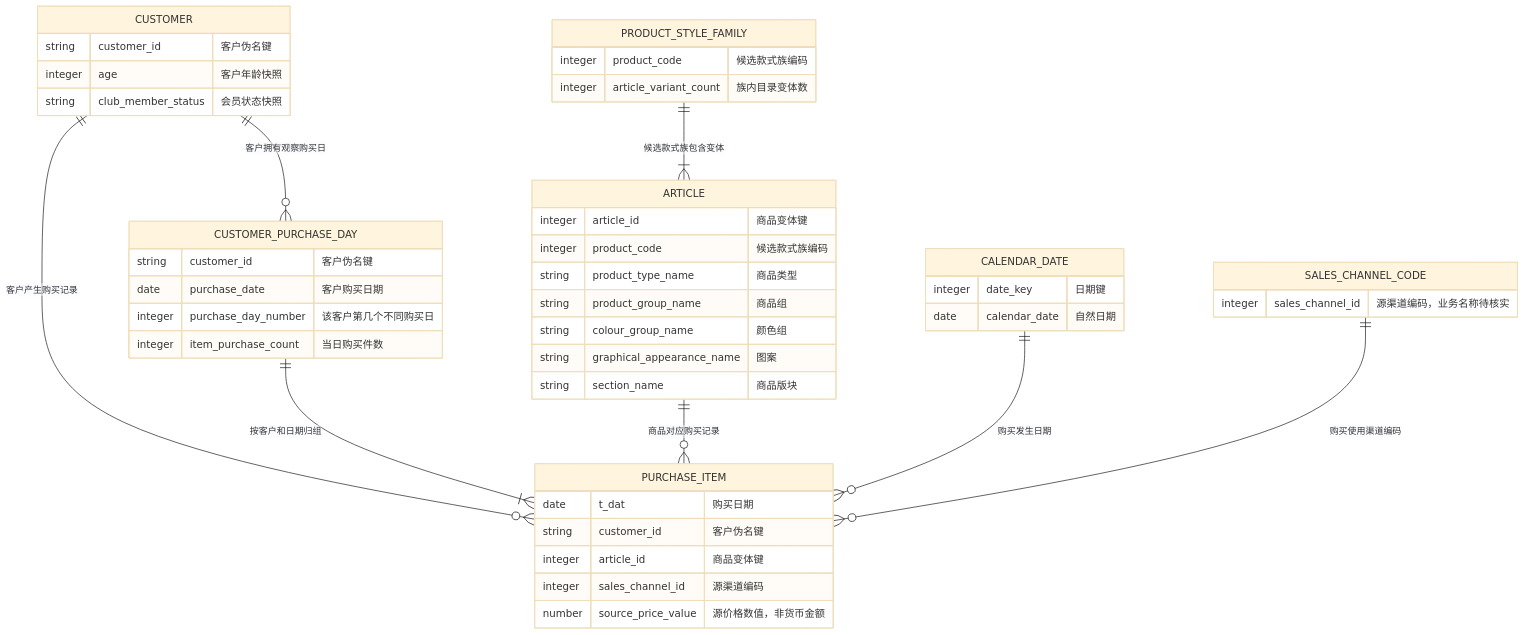
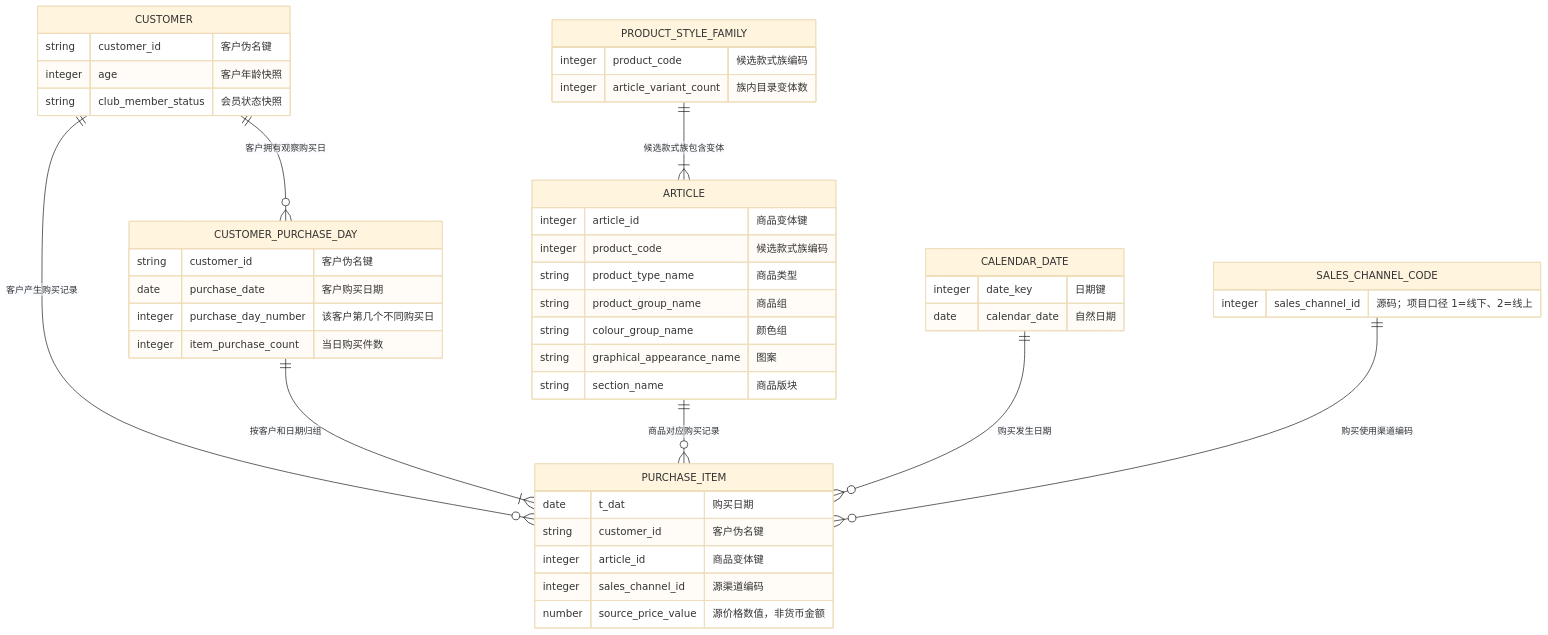
The diagram in docs/04-概念设计.md (SongYunq/industry-data-warehouse), drawn with Mermaid (base theme) before and after one commit. The commit also changed other lines of this file and 19 other files, not shown here.

````diff
--- a/docs/04-概念设计.md
+++ b/docs/04-概念设计.md
@@ -30,49 +30,49 @@
 ```mermaid
 erDiagram
     CUSTOMER ||--o{ PURCHASE_ITEM : 客户产生购买记录
     CUSTOMER ||--o{ CUSTOMER_PURCHASE_DAY : 客户拥有观察购买日
     CUSTOMER_PURCHASE_DAY ||--|{ PURCHASE_ITEM : 按客户和日期归组
     PRODUCT_STYLE_FAMILY ||--|{ ARTICLE : 候选款式族包含变体
     ARTICLE ||--o{ PURCHASE_ITEM : 商品对应购买记录
     CALENDAR_DATE ||--o{ PURCHASE_ITEM : 购买发生日期
     SALES_CHANNEL_CODE ||--o{ PURCHASE_ITEM : 购买使用渠道编码
 
     CUSTOMER {
         string customer_id "客户伪名键"
         integer age "客户年龄快照"
         string club_member_status "会员状态快照"
     }
     ARTICLE {
         integer article_id "商品变体键"
         integer product_code "候选款式族编码"
         string product_type_name "商品类型"
         string product_group_name "商品组"
         string colour_group_name "颜色组"
         string graphical_appearance_name "图案"
         string section_name "商品版块"
     }
     PRODUCT_STYLE_FAMILY {
         integer product_code "候选款式族编码"
         integer article_variant_count "族内目录变体数"
     }
     CALENDAR_DATE {
         integer date_key "日期键"
         date calendar_date "自然日期"
     }
     SALES_CHANNEL_CODE {
-        integer sales_channel_id "源渠道编码，业务名称待核实"
+        integer sales_channel_id "源码；项目口径 1=线下、2=线上"
     }
     PURCHASE_ITEM {
         date t_dat "购买日期"
         string customer_id "客户伪名键"
         integer article_id "商品变体键"
         integer sales_channel_id "源渠道编码"
         number source_price_value "源价格数值，非货币金额"
     }
     CUSTOMER_PURCHASE_DAY {
         string customer_id "客户伪名键"
         date purchase_date "客户购买日期"
         integer purchase_day_number "该客户第几个不同购买日"
         integer item_purchase_count "当日购买件数"
     }
 ```
````
